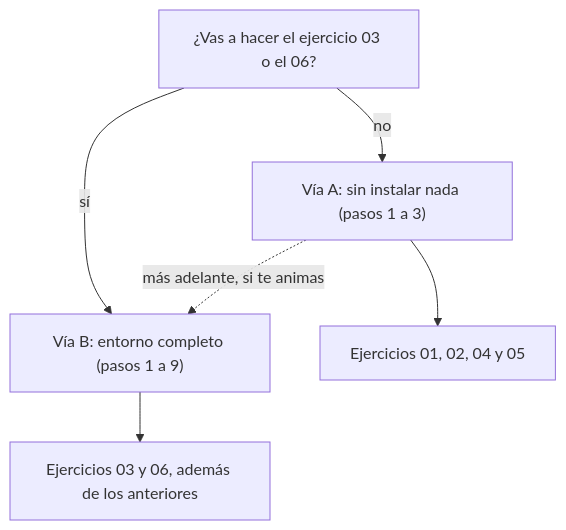
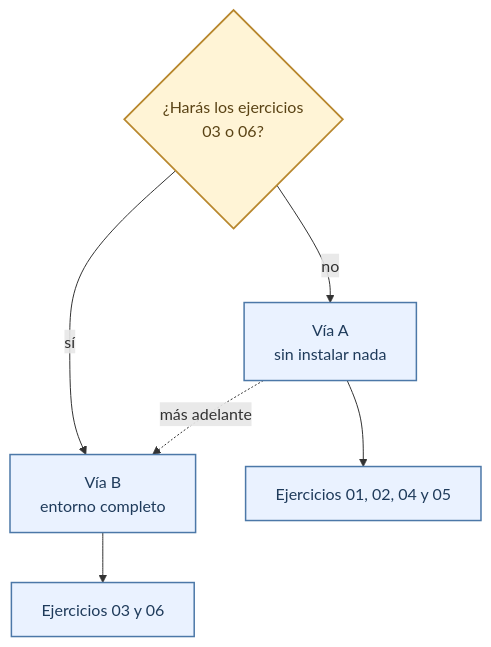
Before and after one commit to antroc/charla-sdd: the diagram in ejercicios/00-preparacion-del-entorno.md, drawn with Mermaid. The commit also changed 3 other files, not shown here.

Commit message:
Simplificar diagramas de buenas practicas y ejercicios basicos

````diff
--- a/ejercicios/00-preparacion-del-entorno.md
+++ b/ejercicios/00-preparacion-del-entorno.md
@@ -51,11 +51,17 @@
 ```mermaid
-flowchart TD
-    inicio["¿Vas a hacer el ejercicio 03 o el 06?"]
-    viaA["Vía A: sin instalar nada (pasos 1 a 3)"]
-    viaB["Vía B: entorno completo (pasos 1 a 9)"]
-    ejA["Ejercicios 01, 02, 04 y 05"]
-    ejB["Ejercicios 03 y 06, además de los anteriores"]
-    inicio -->|"no"| viaA --> ejA
-    inicio -->|"sí"| viaB --> ejB
-    viaA -.->|"más adelante, si te animas"| viaB
+flowchart TB
+  inicio{"¿Harás los ejercicios<br/>03 o 06?"}
+  viaA["Vía A<br/>sin instalar nada"]
+  viaB["Vía B<br/>entorno completo"]
+  ejA["Ejercicios 01, 02, 04 y 05"]
+  ejB["Ejercicios 03 y 06"]
+
+  inicio -->|"no"| viaA --> ejA
+  inicio -->|"sí"| viaB --> ejB
+  viaA -.->|"más adelante"| viaB
+
+  classDef question fill:#FFF4D6,stroke:#B8872D,stroke-width:1.8px,color:#5A4315;
+  classDef option fill:#EAF2FF,stroke:#4C78A8,stroke-width:1.5px,color:#1F3B5B;
+  class inicio question;
+  class viaA,viaB,ejA,ejB option;
 ```
````
